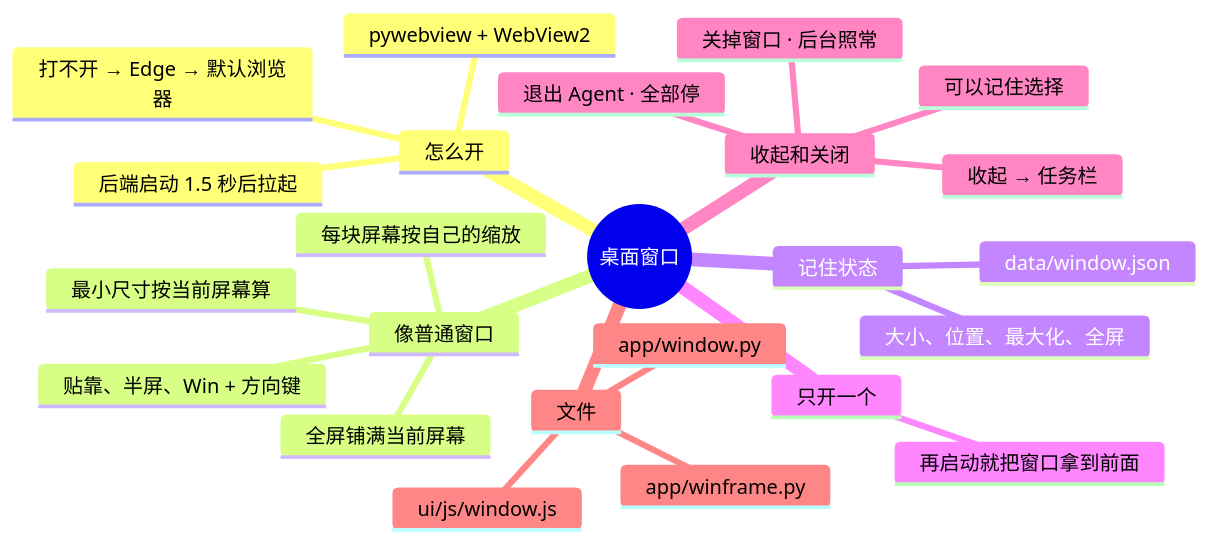
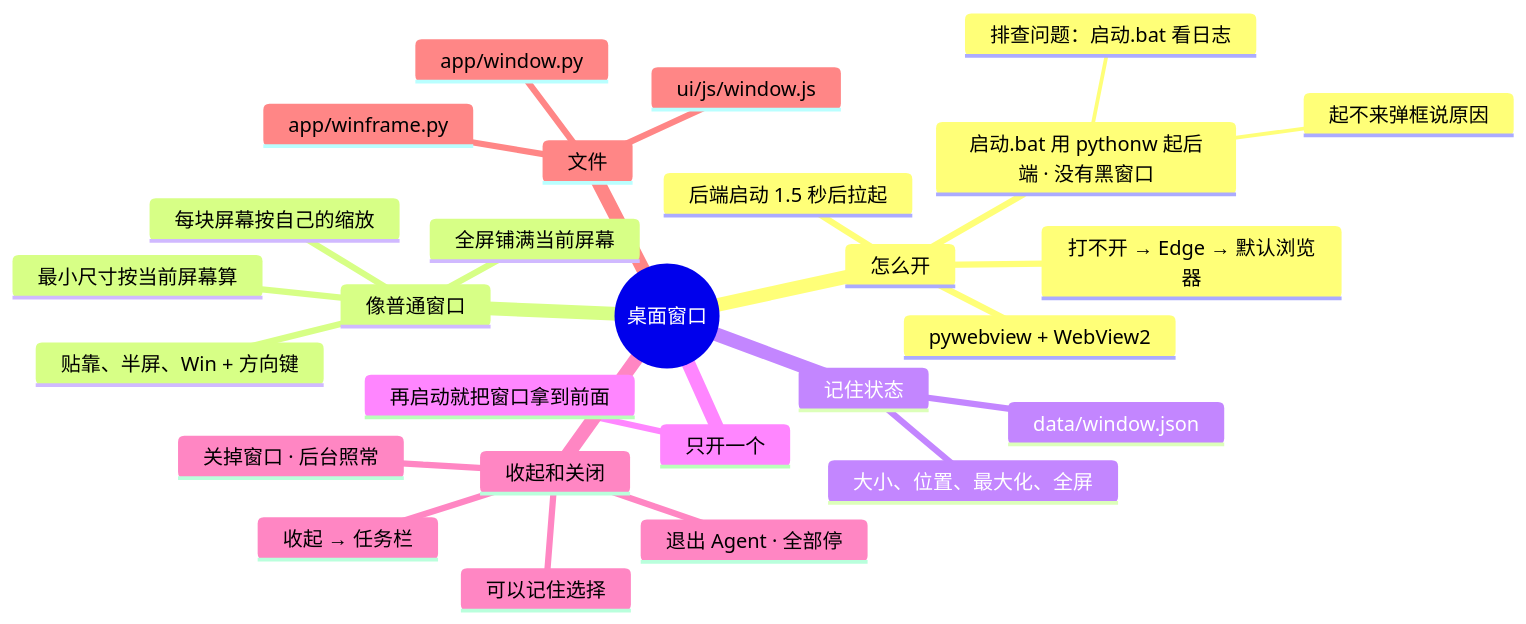
The diagram in docs/AI文档/架构/13-桌面窗口.md (lql-076/Experiment-Agent-One), drawn with Mermaid before and after one commit. The commit also changed other lines of this file and 55 other files, not shown here.

````diff
--- a/docs/AI文档/架构/13-桌面窗口.md
+++ b/docs/AI文档/架构/13-桌面窗口.md
@@ -9,27 +9,30 @@
 ```mermaid
 mindmap
   root((桌面窗口))
     怎么开
+      启动.bat 用 pythonw 起后端 · 没有黑窗口
+        起不来弹框说原因
+        排查问题：启动.bat 看日志
       后端启动 1.5 秒后拉起
       pywebview + WebView2
       打不开 → Edge → 默认浏览器
     像普通窗口
       贴靠、半屏、Win + 方向键
       每块屏幕按自己的缩放
       最小尺寸按当前屏幕算
       全屏铺满当前屏幕
     记住状态
       大小、位置、最大化、全屏
       data/window.json
     只开一个
       再启动就把窗口拿到前面
     收起和关闭
       收起 → 任务栏
       关掉窗口 · 后台照常
       退出 Agent · 全部停
       可以记住选择
     文件
       app/window.py
       app/winframe.py
       ui/js/window.js
 ```
````
